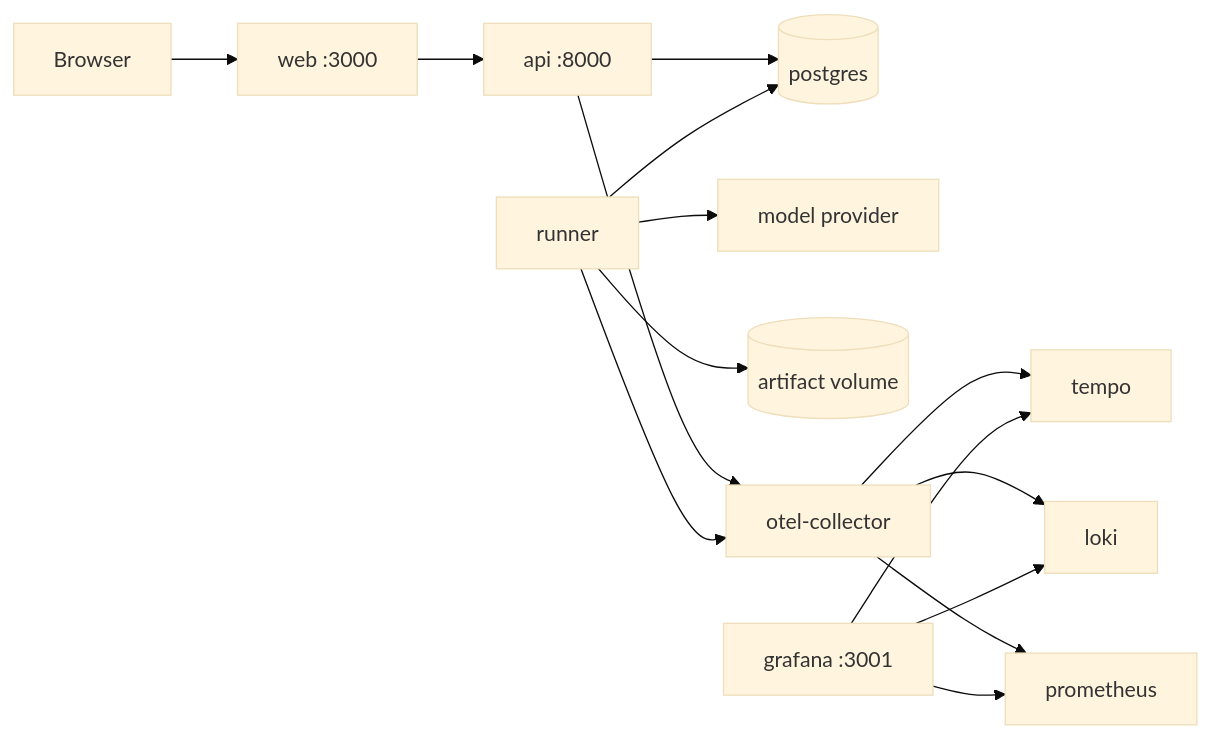
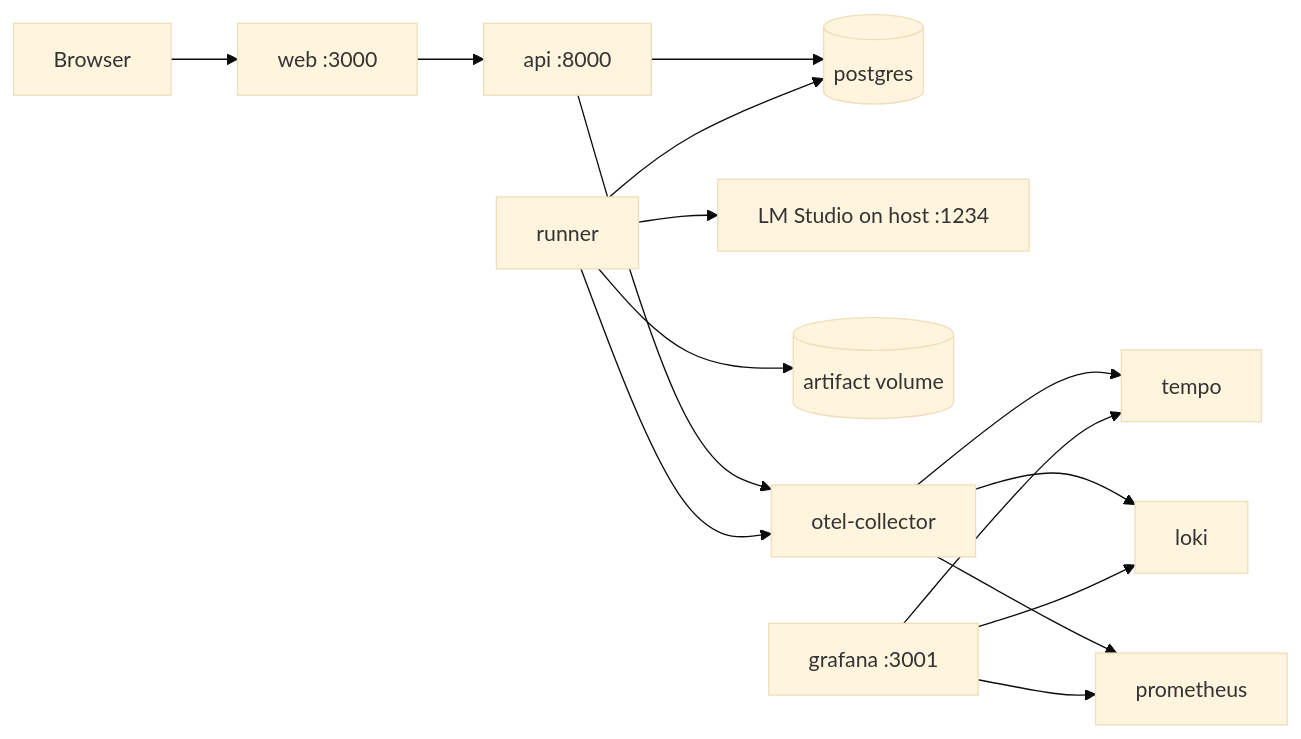
One commit to nobody-qwert/pi_agents changed the second of 2 diagrams in TECHNICAL_DETAILS.md. Above: the diagram before and after it, drawn with Mermaid (base theme). The commit also changed other lines of this file and 3 other files, not shown here.

````diff
--- a/TECHNICAL_DETAILS.md
+++ b/TECHNICAL_DETAILS.md
@@ -515,17 +520,17 @@
 ```mermaid
 flowchart LR
     B[Browser] --> W[web :3000]
     W --> A[api :8000]
     A --> P[(postgres)]
     R[runner] --> P
-    R --> M[model provider]
+    R --> M[LM Studio on host :1234]
     R --> V[(artifact volume)]
     A --> O[otel-collector]
     R --> O
     O --> T[tempo]
     O --> L[loki]
     O --> PR[prometheus]
     G[grafana :3001] --> T
     G --> L
     G --> PR
 ```
````
